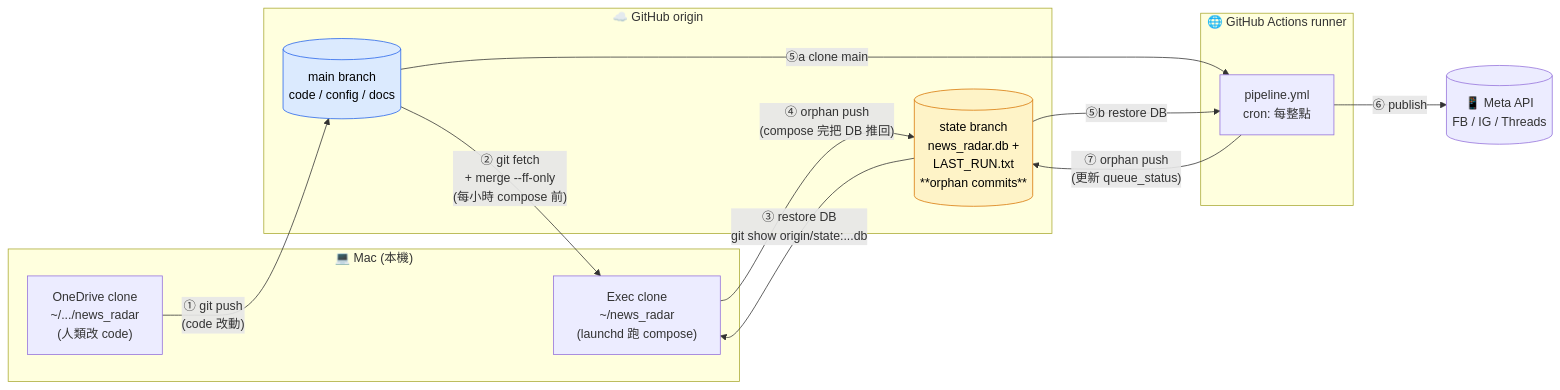
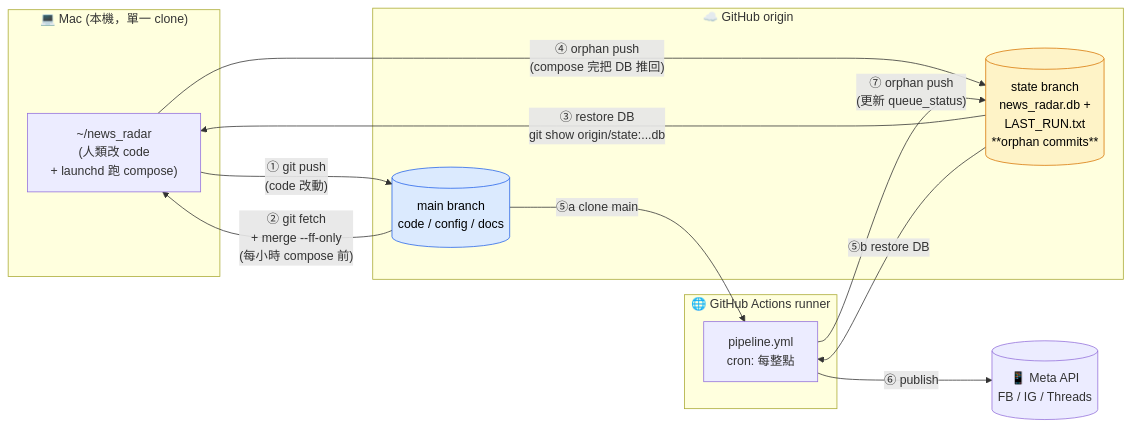
The diagram in docs/System_Architecture.md (HsinTiger/news-radar), drawn with Mermaid before and after one commit. The commit also changed other lines of this file and 2 other files, not shown here.

First line of the commit message:
docs: simplify topology from three-way (OneDrive+Exec+GitHub) to two-way (local+GitHub)

````diff
--- a/docs/System_Architecture.md
+++ b/docs/System_Architecture.md
@@ -161,32 +174,31 @@
 ```mermaid
 graph LR
-    subgraph MAC["💻 Mac (本機)"]
-        OD["OneDrive clone<br/>~/.../news_radar<br/>(人類改 code)"]
-        EX["Exec clone<br/>~/news_radar<br/>(launchd 跑 compose)"]
+    subgraph MAC["💻 Mac (本機，單一 clone)"]
+        LC["~/news_radar<br/>(人類改 code<br/>+ launchd 跑 compose)"]
     end
 
     subgraph GH["☁️ GitHub origin"]
         MAIN[("main branch<br/>code / config / docs")]
         STATE[("state branch<br/>news_radar.db +<br/>LAST_RUN.txt<br/>**orphan commits**")]
     end
 
     subgraph CLOUD["🌐 GitHub Actions runner"]
         PL["pipeline.yml<br/>cron: 每整點"]
     end
 
     META[("📱 Meta API<br/>FB / IG / Threads")]
 
-    OD -- "①  git push<br/>(code 改動)" --> MAIN
-    MAIN -- "②  git fetch<br/>+ merge --ff-only<br/>(每小時 compose 前)" --> EX
-    STATE -- "③  restore DB<br/>git show origin/state:...db" --> EX
-    EX -- "④  orphan push<br/>(compose 完把 DB 推回)" --> STATE
+    LC -- "①  git push<br/>(code 改動)" --> MAIN
+    MAIN -- "②  git fetch<br/>+ merge --ff-only<br/>(每小時 compose 前)" --> LC
+    STATE -- "③  restore DB<br/>git show origin/state:...db" --> LC
+    LC -- "④  orphan push<br/>(compose 完把 DB 推回)" --> STATE
     MAIN -- "⑤a clone main" --> PL
     STATE -- "⑤b restore DB" --> PL
     PL -- "⑥  publish" --> META
     PL -- "⑦  orphan push<br/>(更新 queue_status)" --> STATE
 
     classDef code fill:#dbeafe,stroke:#2563eb,color:#000
     classDef data fill:#fef3c7,stroke:#d97706,color:#000
     class MAIN code
     class STATE data
 ```
````
